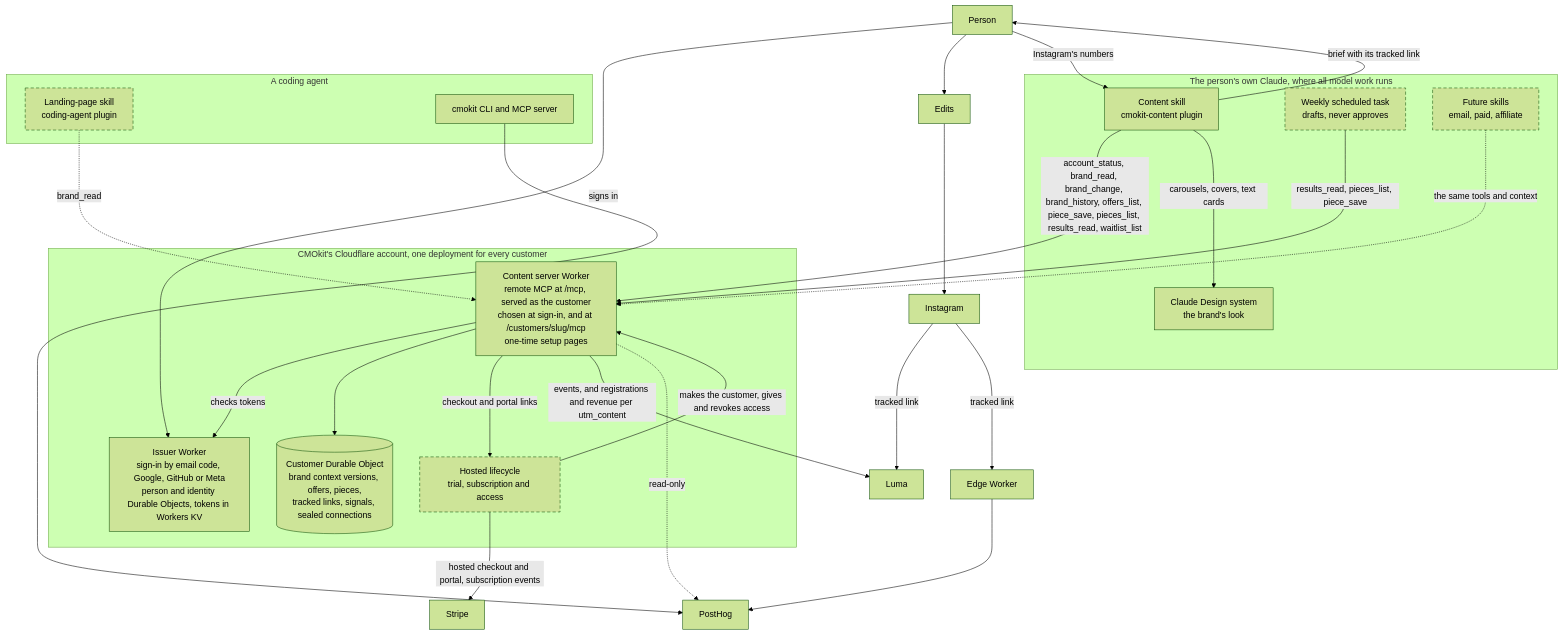
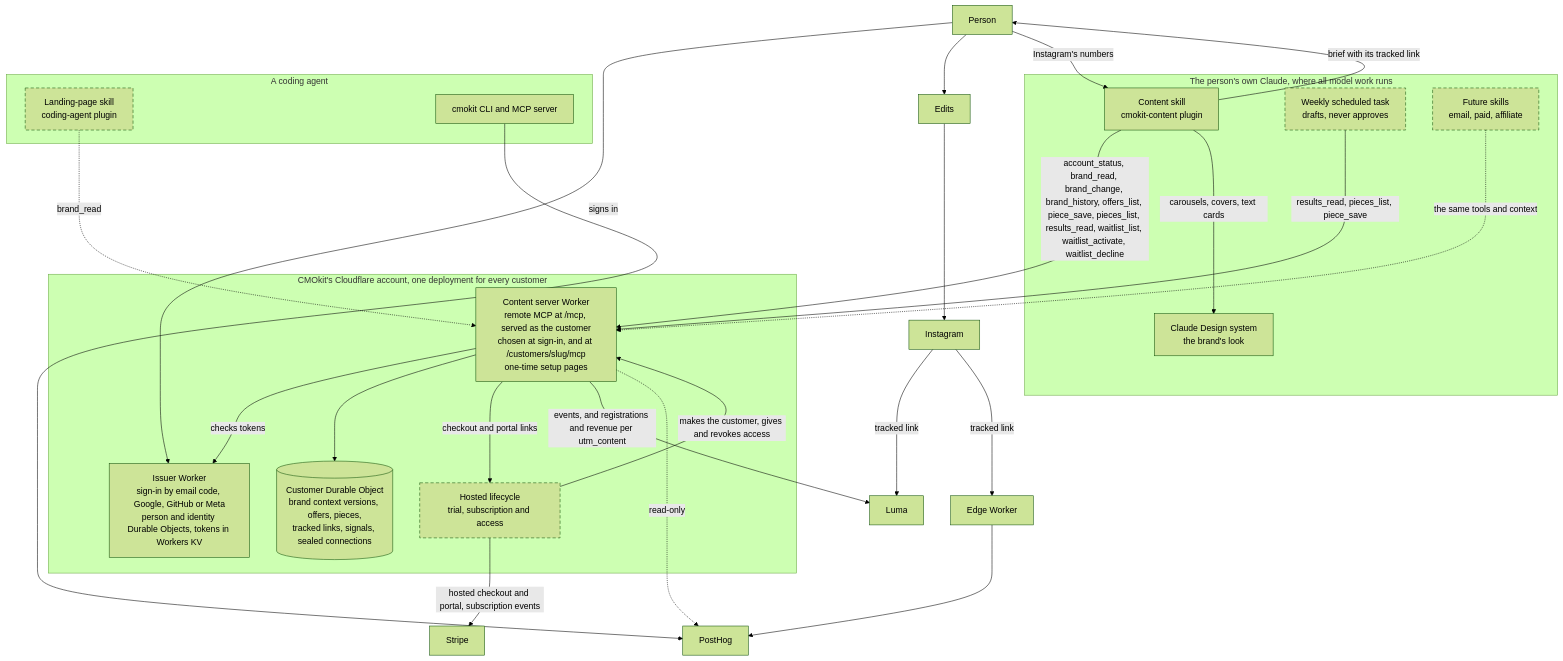
The second of 6 diagrams in docs/explanation/architecture.md (cmokit/cmokit), drawn with Mermaid (forest theme) before and after one commit. The commit also changed 32 other files, not shown here.

Commit message:
Show the waitlist as a card in Claude: top 5 inline, full list full screen (#49)

````diff
--- a/docs/explanation/architecture.md
+++ b/docs/explanation/architecture.md
@@ -65,54 +65,54 @@
 ```mermaid
 flowchart TB
   person["Person"]
 
   subgraph claude["The person's own Claude, where all model work runs"]
     content["Content skill<br/>cmokit-content plugin"]
     task["Weekly scheduled task<br/>drafts, never approves"]
     design["Claude Design system<br/>the brand's look"]
     future["Future skills<br/>email, paid, affiliate"]
   end
 
   subgraph coding["A coding agent"]
     lp["Landing-page skill<br/>coding-agent plugin"]
     cli["cmokit CLI and MCP server"]
   end
 
   subgraph cf["CMOkit's Cloudflare account, one deployment for every customer"]
     issuer["Issuer Worker<br/>sign-in by email code, Google, GitHub or Meta<br/>person and identity Durable Objects, tokens in Workers KV"]
     server["Content server Worker<br/>remote MCP at /mcp, served as the customer<br/>chosen at sign-in, and at /customers/slug/mcp<br/>one-time setup pages"]
     custdo[("Customer Durable Object<br/>brand context versions, offers, pieces,<br/>tracked links, signals, sealed connections")]
     billing["Hosted lifecycle<br/>trial, subscription and access"]
   end
 
   edge["Edge Worker"]
   luma["Luma"]
   posthog["PostHog"]
   edits["Edits"]
   insta["Instagram"]
   stripe["Stripe"]
 
   person -- "signs in" --> issuer
-  content -- "account_status, brand_read, brand_change, brand_history, offers_list, piece_save, pieces_list, results_read, waitlist_list" --> server
+  content -- "account_status, brand_read, brand_change, brand_history, offers_list, piece_save, pieces_list, results_read, waitlist_list, waitlist_activate, waitlist_decline" --> server
   task -- "results_read, pieces_list, piece_save" --> server
   lp -. "brand_read" .-> server
   future -. "the same tools and context" .-> server
   server -- "checks tokens" --> issuer
   server --> custdo
   server -- "checkout and portal links" --> billing
   billing -- "makes the customer, gives and revokes access" --> server
   billing -- "hosted checkout and portal, subscription events" --> stripe
   server -- "events, and registrations and revenue per utm_content" --> luma
   server -. "read-only" .-> posthog
   content -- "carousels, covers, text cards" --> design
   content -- "brief with its tracked link" --> person
   person --> edits --> insta
   person -- "Instagram's numbers" --> content
   insta -- "tracked link" --> luma
   insta -- "tracked link" --> edge
   edge --> posthog
   cli --> posthog
 
   classDef designed stroke-dasharray:6 4
   class task,lp,billing,future designed
 ```
````
